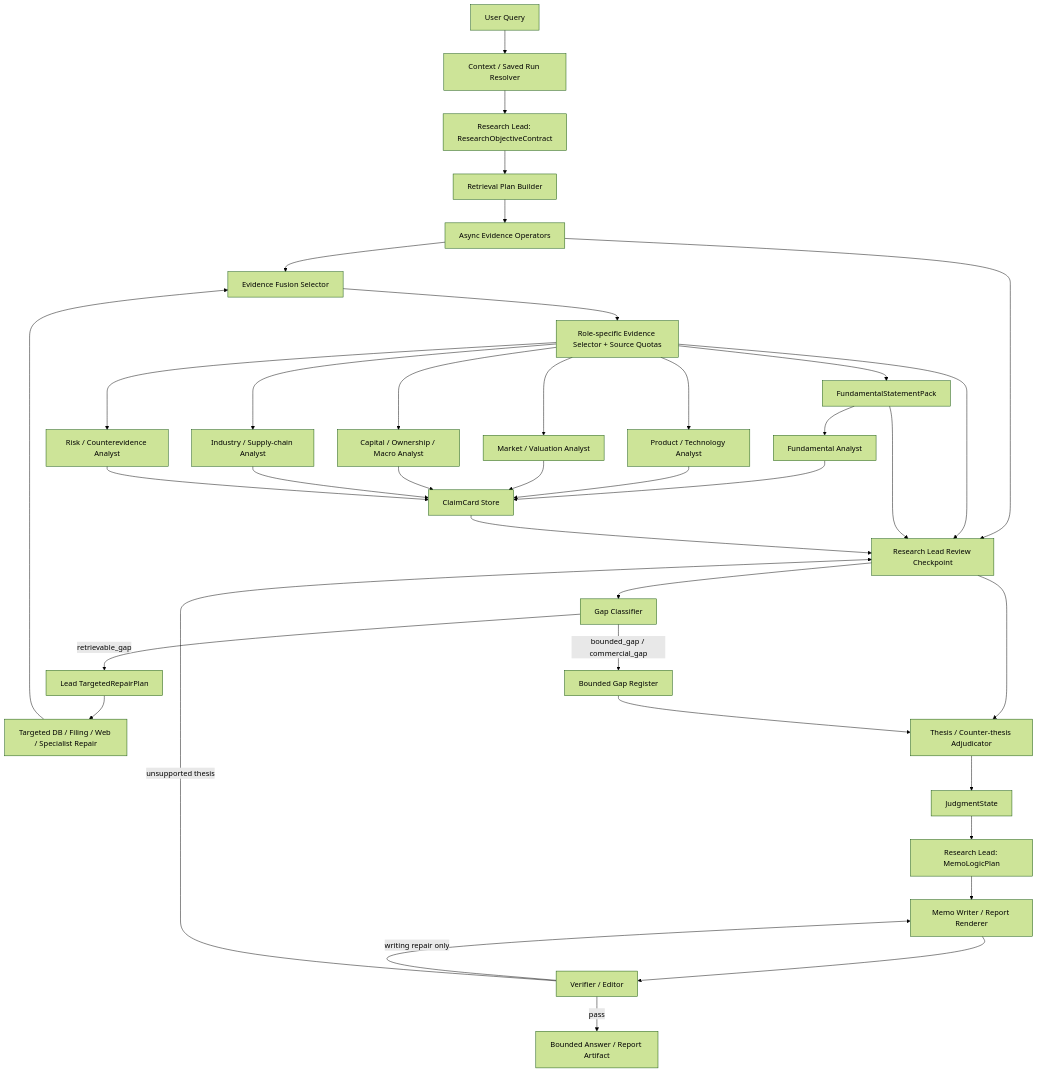
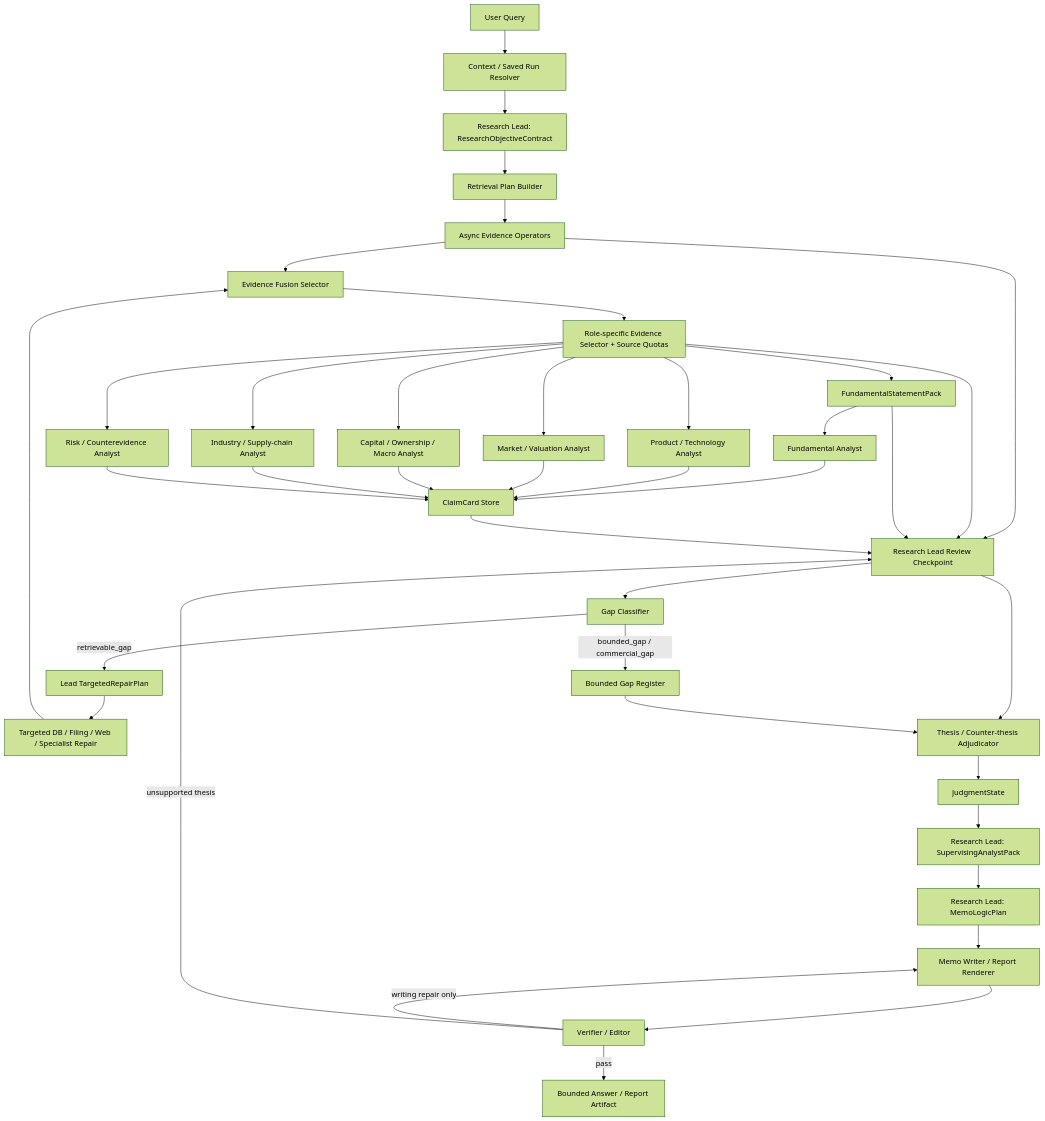
The diagram in docs/architecture/agent_graph_vnext/09_lead_supervised_closed_loop_research_framework.zh-CN.md (William-Huang274/FIN_Insight_Agent), drawn with Mermaid (forest theme) before and after one commit. The commit also changed other lines of this file and 585 other files, not shown here.

````diff
--- a/docs/architecture/agent_graph_vnext/09_lead_supervised_closed_loop_research_framework.zh-CN.md
+++ b/docs/architecture/agent_graph_vnext/09_lead_supervised_closed_loop_research_framework.zh-CN.md
@@ -53,47 +55,48 @@
 ```mermaid
 flowchart TD
   Q["User Query"] --> C["Context / Saved Run Resolver"]
   C --> L1["Research Lead: ResearchObjectiveContract"]
 
   L1 --> P["Retrieval Plan Builder"]
   P --> R["Async Evidence Operators"]
   R --> F["Evidence Fusion Selector"]
   F --> RS["Role-specific Evidence Selector + Source Quotas"]
 
   RS --> FS["FundamentalStatementPack"]
   FS --> S1["Fundamental Analyst"]
   RS --> S2["Product / Technology Analyst"]
   RS --> S3["Market / Valuation Analyst"]
   RS --> S4["Capital / Ownership / Macro Analyst"]
   RS --> S5["Industry / Supply-chain Analyst"]
   RS --> S6["Risk / Counterevidence Analyst"]
 
   S1 --> CS["ClaimCard Store"]
   S2 --> CS
   S3 --> CS
   S4 --> CS
   S5 --> CS
   S6 --> CS
 
   R --> LR["Research Lead Review Checkpoint"]
   RS --> LR
   FS --> LR
   CS --> LR
   LR --> GC["Gap Classifier"]
 
   GC -->|retrievable_gap| RP["Lead TargetedRepairPlan"]
   RP --> TR["Targeted DB / Filing / Web / Specialist Repair"]
   TR --> F
 
   GC -->|bounded_gap / commercial_gap| BG["Bounded Gap Register"]
   LR --> J["Thesis / Counter-thesis Adjudicator"]
   BG --> J
   J --> JS["JudgmentState"]
-  JS --> MLP["Research Lead: MemoLogicPlan"]
+  JS --> SAP["Research Lead: SupervisingAnalystPack"]
+  SAP --> MLP["Research Lead: MemoLogicPlan"]
 
   MLP --> W["Memo Writer / Report Renderer"]
   W --> V["Verifier / Editor"]
   V -->|writing repair only| W
   V -->|unsupported thesis| LR
   V -->|pass| A["Bounded Answer / Report Artifact"]
 ```
````
